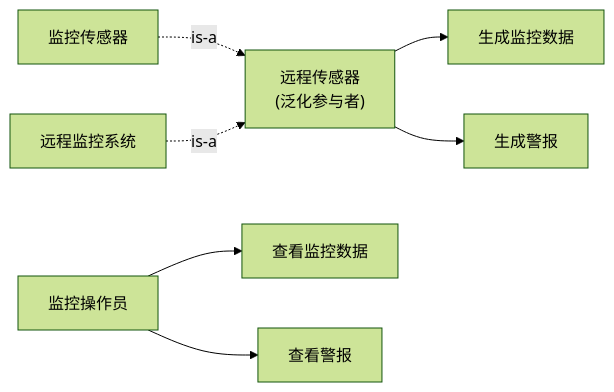
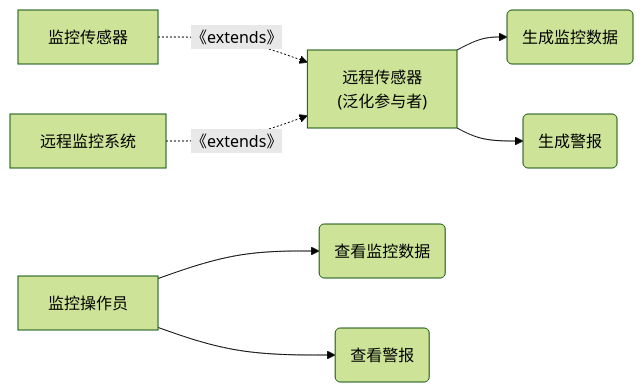
The first of 9 diagrams in 软件架构设计/实验/实验3/提交/2023302855 梁景毓 ex3.md (GodLiangJingYu/MyCodeResource), drawn with Mermaid (forest theme) before and after one commit. The commit also changed other lines of this file and 138 other files, not shown here.

````diff
--- a/软件架构设计/实验/实验3/提交/2023302855 梁景毓 ex3.md
+++ b/软件架构设计/实验/实验3/提交/2023302855 梁景毓 ex3.md
@@ -70,15 +70,15 @@
 ```mermaid
 flowchart LR
-Operator[监控操作员]
-RemoteSensor["远程传感器\n(泛化参与者)"]
-MonitoringSensor[监控传感器]
-RemoteSystem[远程监控系统]
+    Operator[监控操作员]
+    RemoteSensor["远程传感器\n(泛化参与者)"]
+    MonitoringSensor[监控传感器]
+    RemoteSystem[远程监控系统]
 
-RemoteSensor --> U1[生成监控数据]
-RemoteSensor --> U2[生成警报]
-Operator --> U3[查看监控数据]
-Operator --> U4[查看警报]
+    RemoteSensor --> U1(生成监控数据)
+    RemoteSensor --> U2(生成警报)
+    Operator --> U3(查看监控数据)
+    Operator --> U4(查看警报)
 
-MonitoringSensor -. "is-a" .-> RemoteSensor
-RemoteSystem -. "is-a" .-> RemoteSensor
+    MonitoringSensor -. "《extends》" .-> RemoteSensor
+    RemoteSystem -. "《extends》" .-> RemoteSensor
 ```
````
